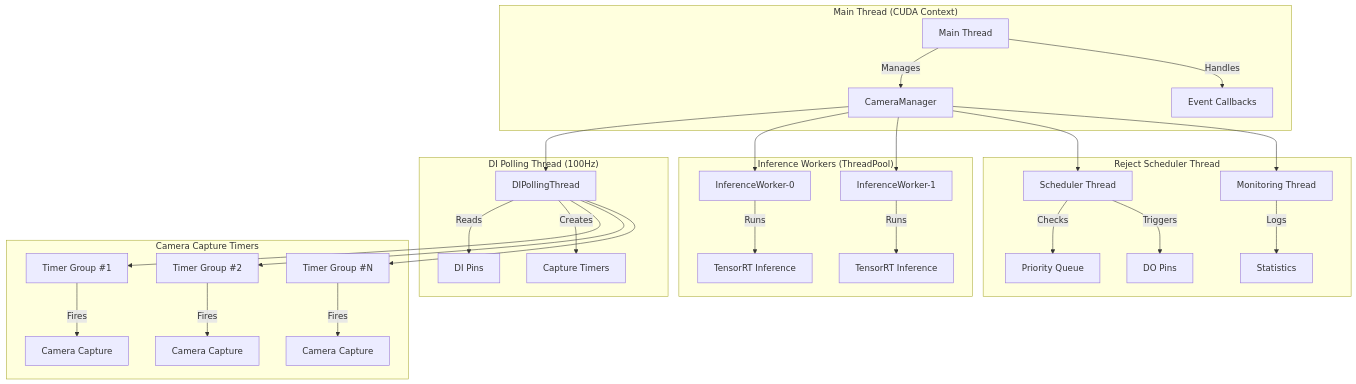
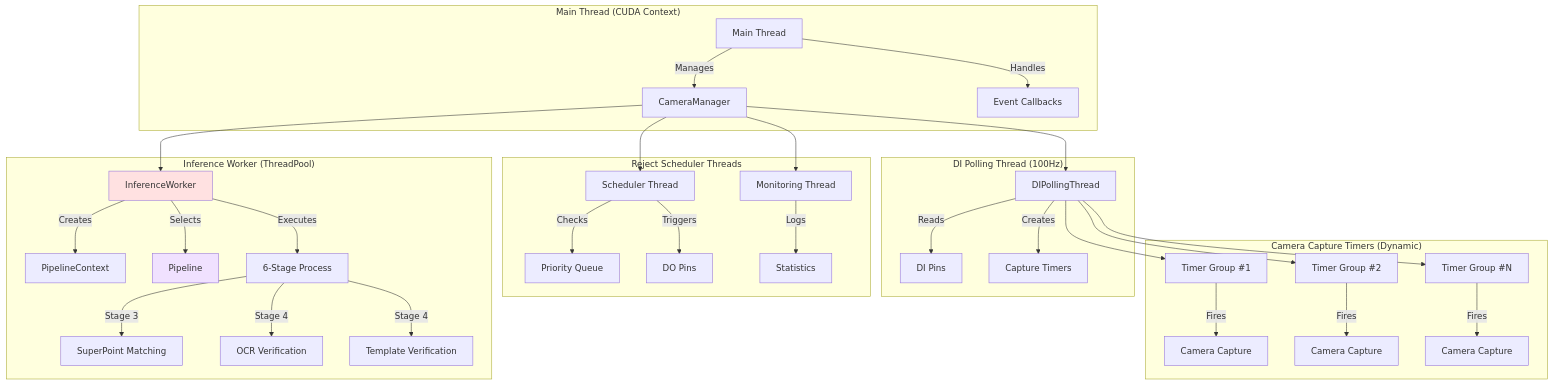
Before and after one commit to ngocthien2306/ocr_datecode: diagram 11 of 14 in ai_services/docs/CLASS_DIAGRAM.md, drawn with Mermaid. The commit also changed other lines of this file and 1 other file, not shown here.

Commit message:
update trigger and document for class diagram

````diff
--- a/ai_services/docs/CLASS_DIAGRAM.md
+++ b/ai_services/docs/CLASS_DIAGRAM.md
@@ -391,47 +941,52 @@
 ```mermaid
 graph TB
     subgraph "Main Thread (CUDA Context)"
         MT[Main Thread]
         MT --> |Manages| CM[CameraManager]
         MT --> |Handles| Events[Event Callbacks]
     end
 
     subgraph "DI Polling Thread (100Hz)"
         PT[DIPollingThread]
         PT --> |Reads| DI[DI Pins]
         PT --> |Creates| Timers1[Capture Timers]
     end
 
-    subgraph "Inference Workers (ThreadPool)"
-        IW1[InferenceWorker-0]
-        IW2[InferenceWorker-1]
-        IW1 --> |Runs| TRT1[TensorRT Inference]
-        IW2 --> |Runs| TRT2[TensorRT Inference]
+    subgraph "Inference Worker (ThreadPool)"
+        IW[InferenceWorker]
+        IW --> |Creates| CTX[PipelineContext]
+        IW --> |Selects| PL[Pipeline]
+        IW --> |Executes| STAGES[6-Stage Process]
+        STAGES --> |Stage 3| TRT[SuperPoint Matching]
+        STAGES --> |Stage 4| OCR[OCR Verification]
+        STAGES --> |Stage 4| TMPL[Template Verification]
     end
 
-    subgraph "Reject Scheduler Thread"
+    subgraph "Reject Scheduler Threads"
         RST[Scheduler Thread]
         RMT[Monitoring Thread]
         RST --> |Checks| Queue[Priority Queue]
         RST --> |Triggers| DO[DO Pins]
         RMT --> |Logs| Stats[Statistics]
     end
 
-    subgraph "Camera Capture Timers"
+    subgraph "Camera Capture Timers (Dynamic)"
         CT1[Timer Group #1]
         CT2[Timer Group #2]
         CTN[Timer Group #N]
         CT1 --> |Fires| Capture1[Camera Capture]
         CT2 --> |Fires| Capture2[Camera Capture]
         CTN --> |Fires| CaptureN[Camera Capture]
     end
 
     CM --> PT
-    CM --> IW1
-    CM --> IW2
+    CM --> IW
     CM --> RST
     CM --> RMT
     PT --> CT1
     PT --> CT2
     PT --> CTN
+
+    style IW fill:#ffe1e1
+    style PL fill:#f0e1ff
 ```
````
